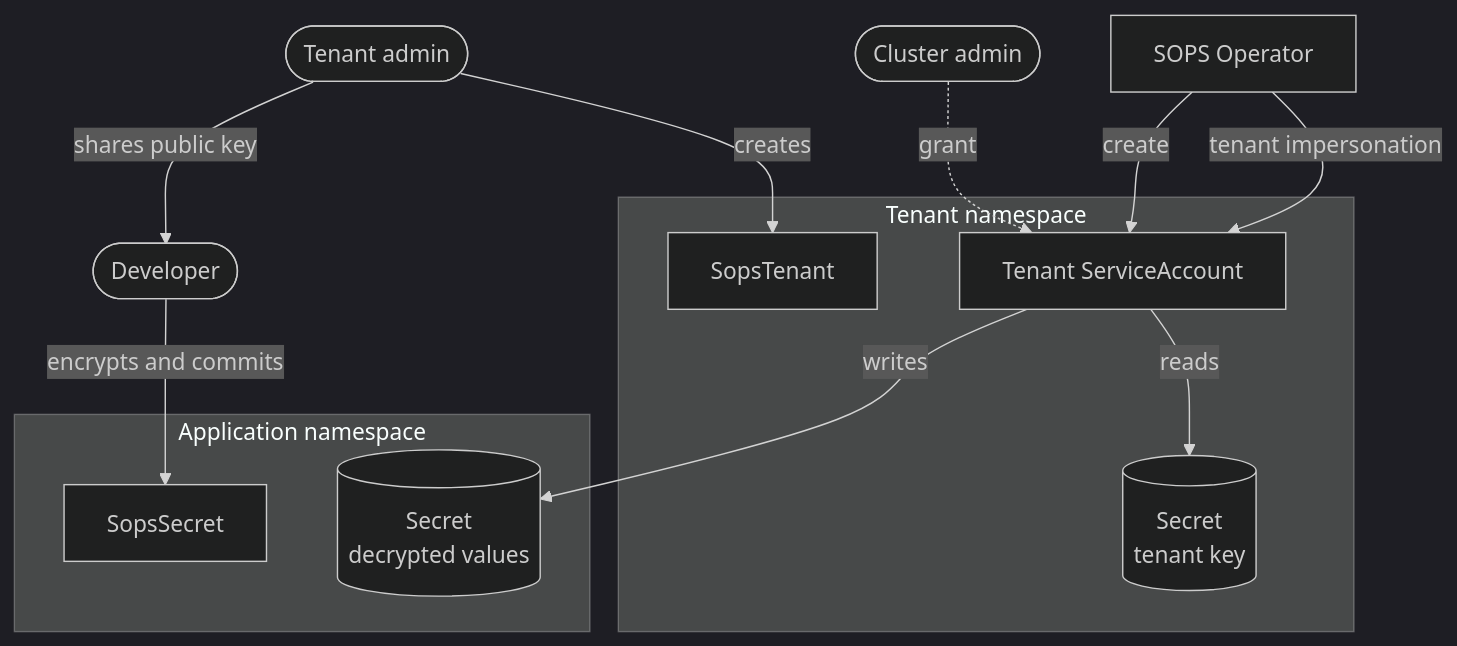
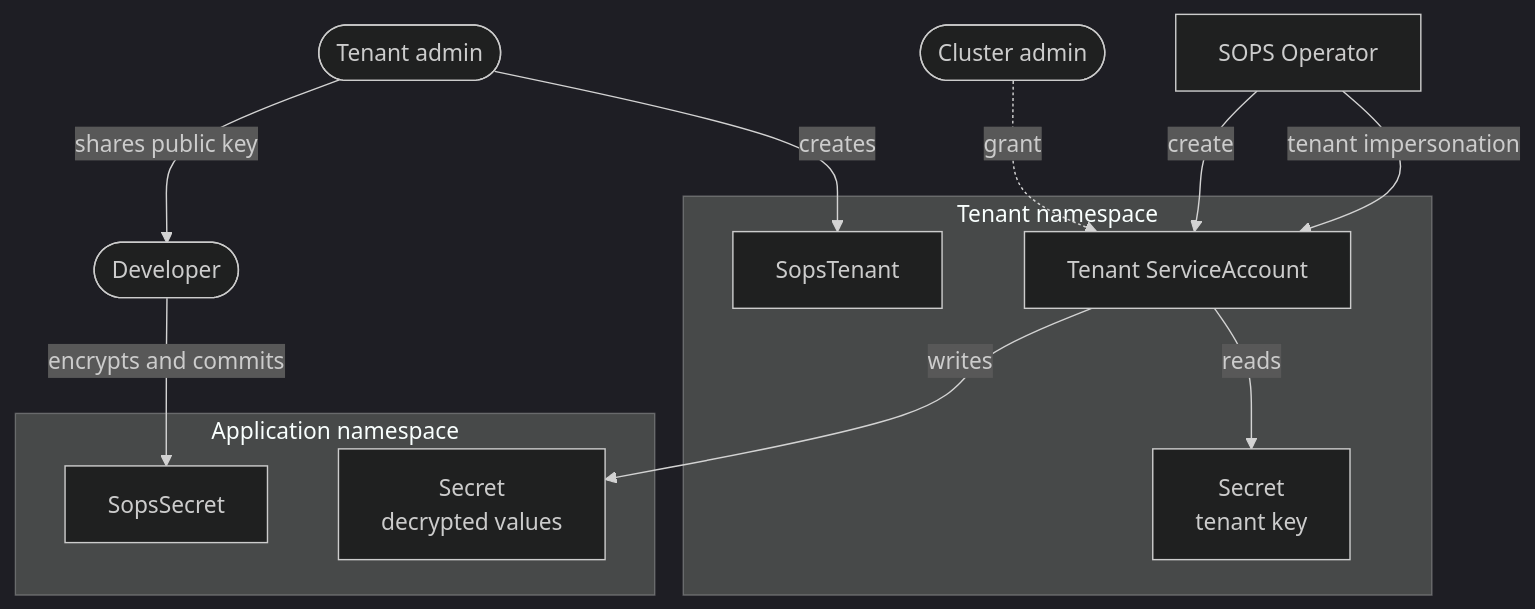
Before and after one commit to stakater/sops-operator: the diagram in README.md, drawn with Mermaid (dark theme). The commit also changed 1 other file, not shown here.

Commit message:
docs: diagrams draw Secrets as resources, not databases

````diff
--- a/README.md
+++ b/README.md
@@ -110,28 +110,28 @@
 ```mermaid
 flowchart TB
     CA(["Cluster admin"])
     TA(["Tenant admin"])
     DEV(["Developer"])
 
     OP["SOPS Operator"]
 
     subgraph TNS["Tenant namespace"]
         TEN["SopsTenant"]
         SA["Tenant ServiceAccount"]
-        KEY[("Secret<br/>tenant key")]
+        KEY["Secret<br/>tenant key"]
     end
 
     subgraph APP["Application namespace"]
         SS["SopsSecret"]
-        OUT[("Secret<br/>decrypted values")]
+        OUT["Secret<br/>decrypted values"]
     end
 
     CA -.->|grant| SA
     TA -->|creates| TEN
     TA -->|"shares public key"| DEV
     DEV -->|"encrypts and commits"| SS
     OP -->|create| SA
     OP -->|"tenant impersonation"| SA
     SA -->|reads| KEY
     SA -->|writes| OUT
 ```
````
